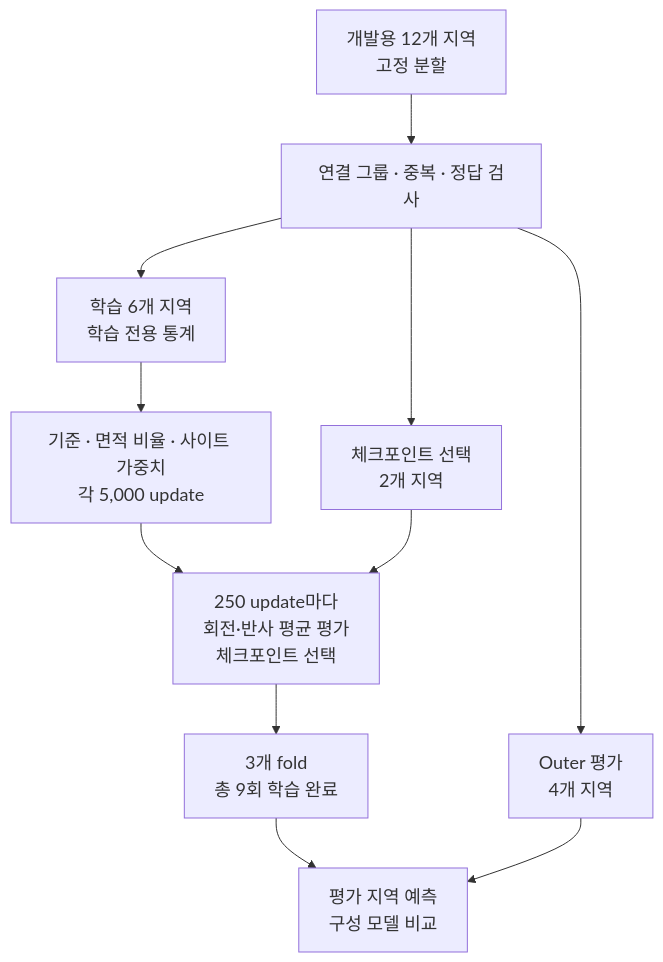
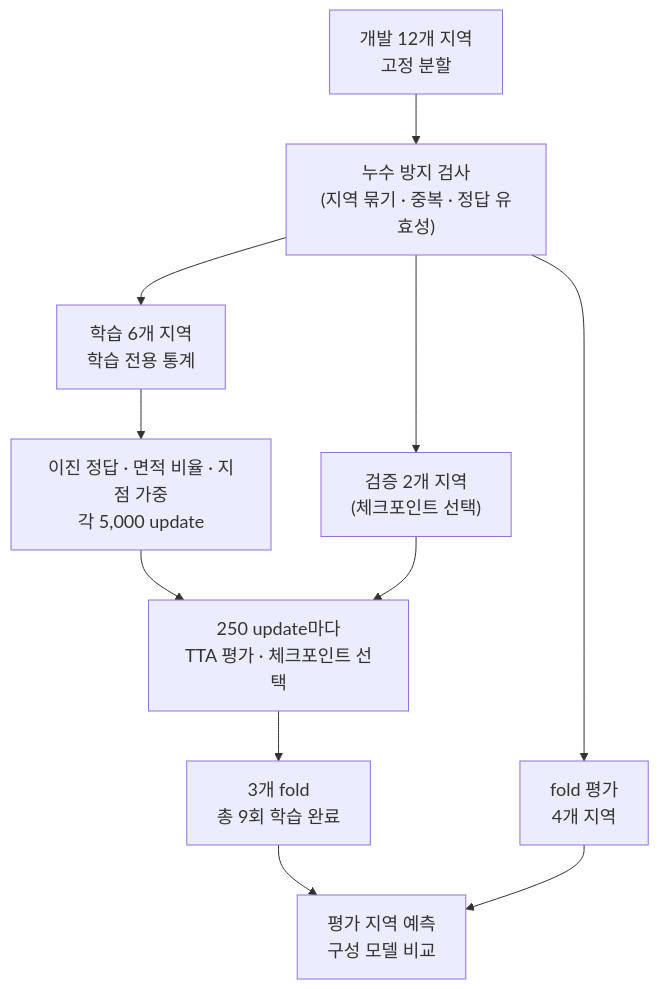
The second of 2 diagrams in README.md (ksj1368/landslide-detection-2026), drawn with Mermaid before and after one commit. The commit also changed other lines of this file, not shown here.

````diff
--- a/README.md
+++ b/README.md
@@ -96,14 +87,14 @@
 ```mermaid
 flowchart TB
-    A["개발용 12개 지역<br/>고정 분할"] --> Q["연결 그룹 · 중복 · 정답 검사"]
+    A["개발 12개 지역<br/>고정 분할"] --> Q["누수 방지 검사<br/>(지역 묶기 · 중복 · 정답 유효성)"]
     Q --> T["학습 6개 지역<br/>학습 전용 통계"]
-    Q --> V["체크포인트 선택<br/>2개 지역"]
-    T --> M["기준 · 면적 비율 · 사이트 가중치<br/>각 5,000 update"]
-    M --> C["250 update마다<br/>회전·반사 평균 평가<br/>체크포인트 선택"]
+    Q --> V["검증 2개 지역<br/>(체크포인트 선택)"]
+    T --> M["이진 정답 · 면적 비율 · 지점 가중<br/>각 5,000 update"]
+    M --> C["250 update마다<br/>TTA 평가 · 체크포인트 선택"]
     V --> C
     C --> F["3개 fold<br/>총 9회 학습 완료"]
-    Q --> E["Outer 평가<br/>4개 지역"]
+    Q --> E["fold 평가<br/>4개 지역"]
     F --> O["평가 지역 예측<br/>구성 모델 비교"]
     E --> O
     classDef default font-size:18px;
 ```
````
